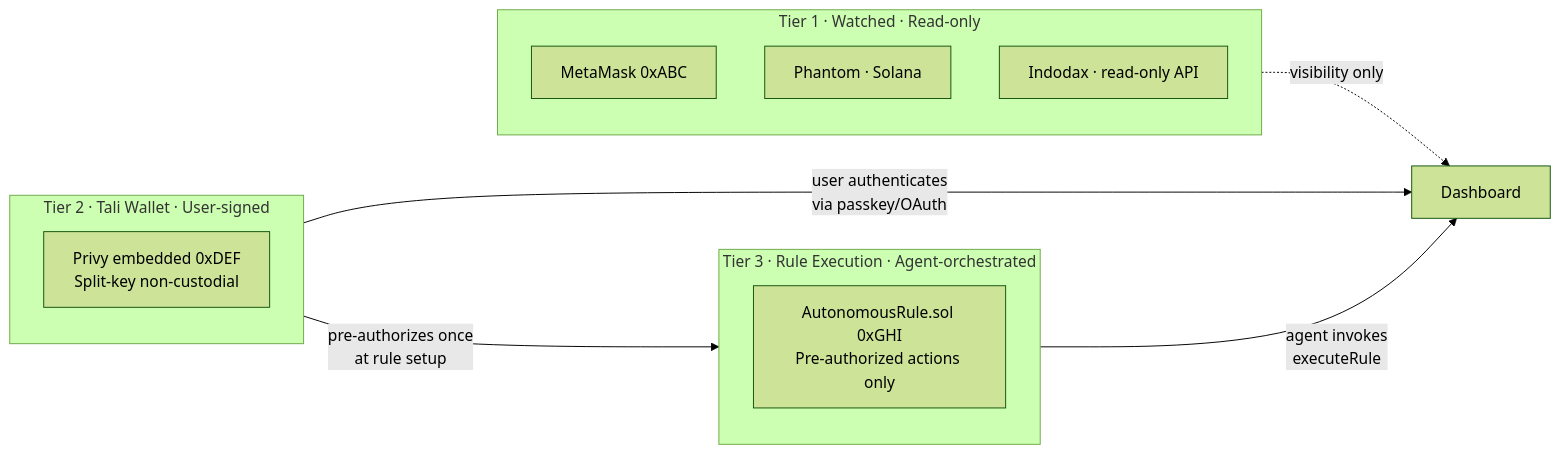
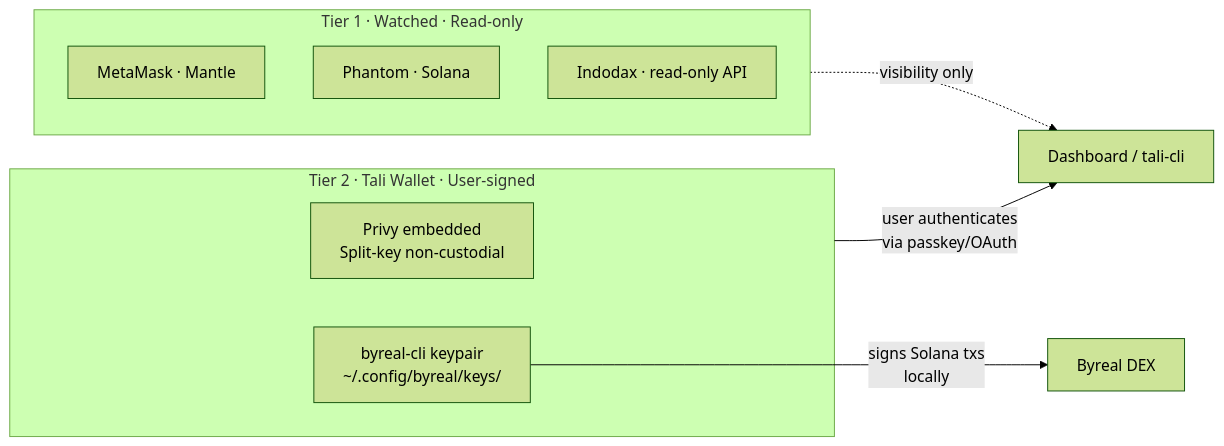
Before and after one commit to aliyanamu/tali: the second of 3 diagrams in docs/architecture.md, drawn with Mermaid (forest theme). The commit also changed other lines of this file and 16 other files, not shown here.

First line of the commit message:
refactor: replace Telegram bot + RealClaw with tali-cli OpenClaw skill

````diff
--- a/docs/architecture.md
+++ b/docs/architecture.md
@@ -52,21 +74,17 @@
 ```mermaid
 graph LR
     subgraph Tier1[Tier 1 · Watched · Read-only]
-        MM[MetaMask 0xABC]
+        MM[MetaMask · Mantle]
         PH[Phantom · Solana]
         IDX[Indodax · read-only API]
     end
 
     subgraph Tier2[Tier 2 · Tali Wallet · User-signed]
-        TALI[Privy embedded 0xDEF<br/>Split-key non-custodial]
+        TALI[Privy embedded<br/>Split-key non-custodial]
+        BYR[byreal-cli keypair<br/>~/.config/byreal/keys/]
     end
 
-    subgraph Tier3[Tier 3 · Rule Execution · Agent-orchestrated]
-        AR[AutonomousRule.sol 0xGHI<br/>Pre-authorized actions only]
-    end
-
-    Tier1 -.->|visibility only| DASH[Dashboard]
+    Tier1 -.->|visibility only| DASH[Dashboard / tali-cli]
     Tier2 -->|user authenticates<br/>via passkey/OAuth| DASH
-    Tier2 -->|pre-authorizes once<br/>at rule setup| Tier3
-    Tier3 -->|agent invokes<br/>executeRule| DASH
+    BYR -->|signs Solana txs<br/>locally| DEX[Byreal DEX]
 ```
````
